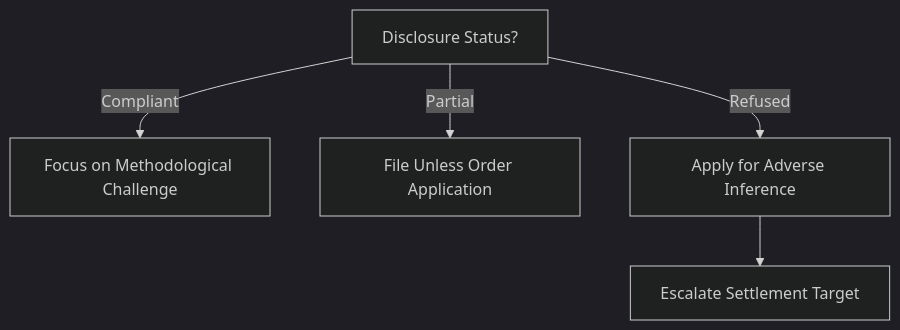
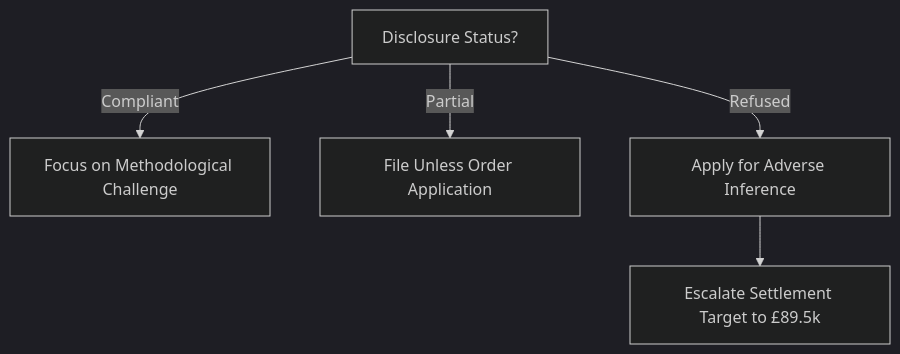
One commit to Rehan719/Workstation changed the diagram in outputs/05_weaknesses_risks.md. Above: the diagram before and after it, drawn with Mermaid (dark theme). The commit also changed other lines of this file and 15 other files, not shown here.

````diff
--- a/outputs/05_weaknesses_risks.md
+++ b/outputs/05_weaknesses_risks.md
@@ -13,7 +13,7 @@
 ```mermaid
 graph TD
     A[Disclosure Status?] -->|Compliant| B[Focus on Methodological Challenge]
     A -->|Partial| C[File Unless Order Application]
     A -->|Refused| D[Apply for Adverse Inference]
-    D --> E[Escalate Settlement Target]
+    D --> E[Escalate Settlement Target to £89.5k]
 ```
````
